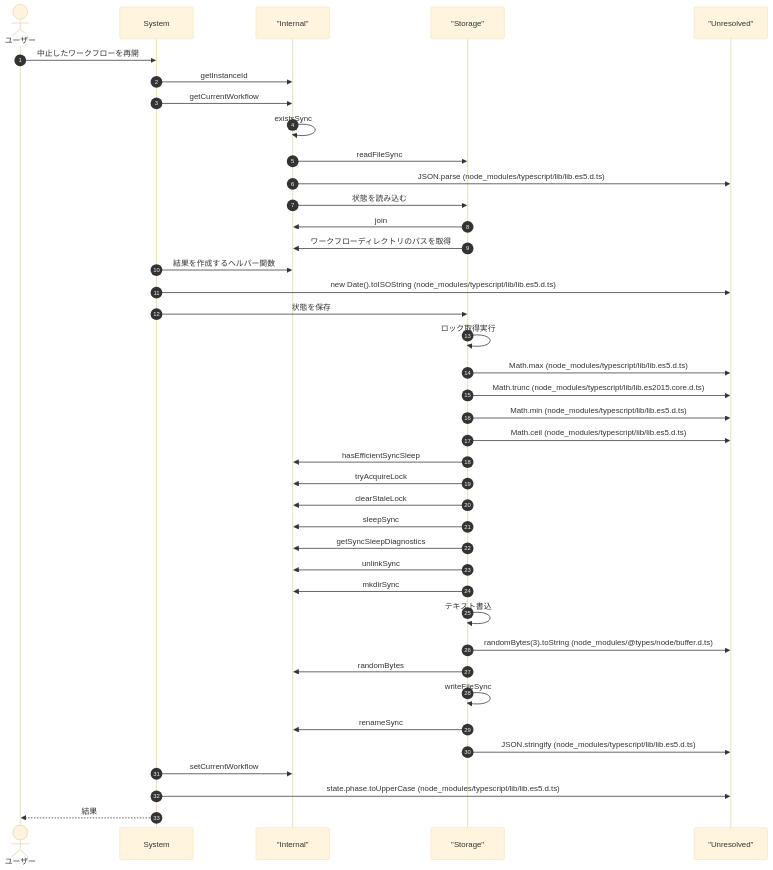
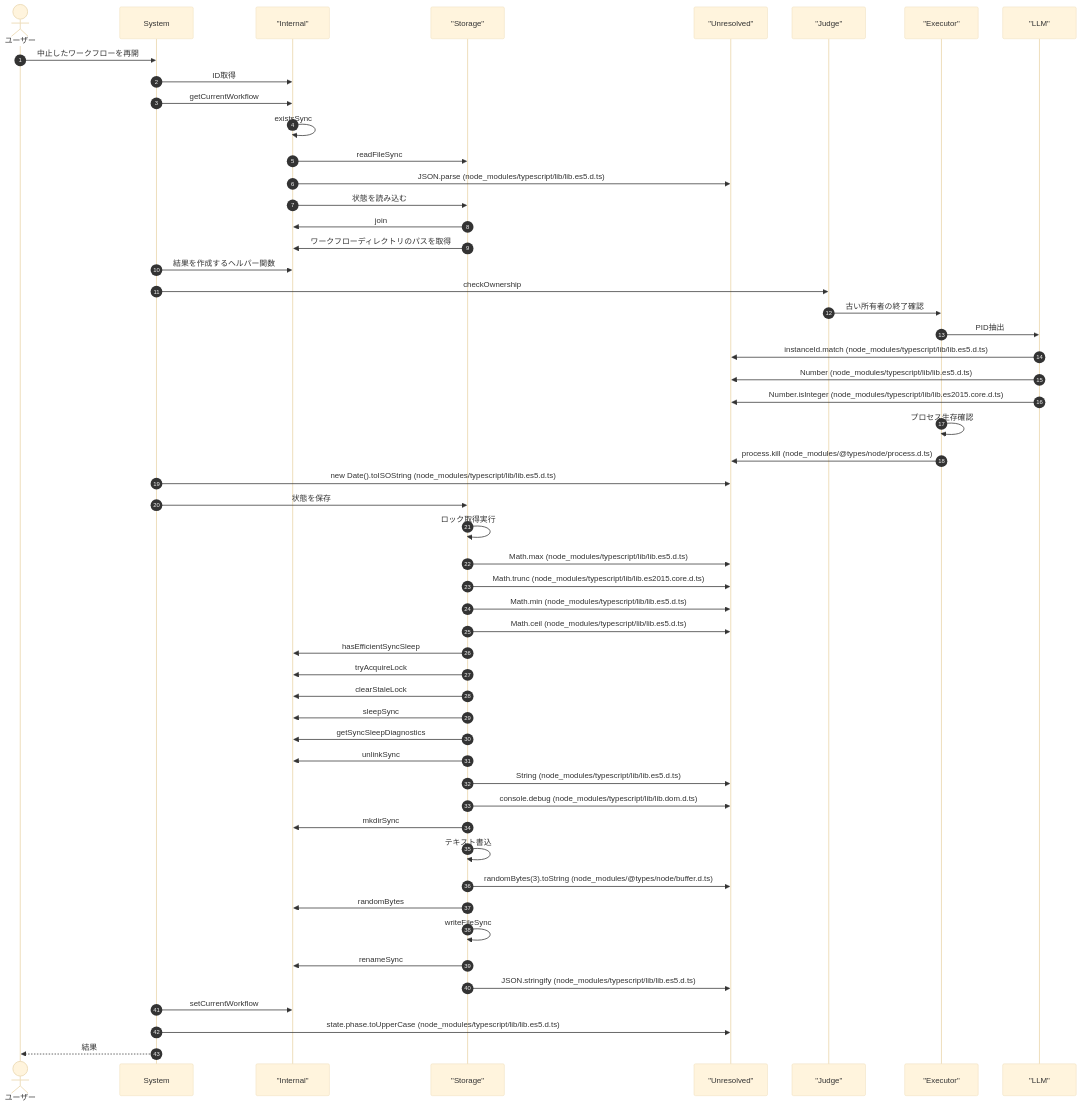
One commit to Mekann2904/mekann changed diagram 11 of 20 in ABDD/.pi/extensions/ul-workflow.md. Above: the diagram before and after it, drawn with Mermaid (base theme). The commit also changed other lines of this file and 189 other files, not shown here.

````diff
--- a/ABDD/.pi/extensions/ul-workflow.md
+++ b/ABDD/.pi/extensions/ul-workflow.md
@@ -500,44 +738,57 @@
 ```mermaid
 sequenceDiagram
   autonumber
   actor User as ユーザー
   participant System as System
   participant Internal as "Internal"
   participant Storage as "Storage"
   participant Unresolved as "Unresolved"
+  participant Judge as "Judge"
+  participant Executor as "Executor"
+  participant LLM as "LLM"
 
   User->>System: 中止したワークフローを再開
-  System->>Internal: getInstanceId
+  System->>Internal: ID取得
   System->>Internal: getCurrentWorkflow
   Internal->>Internal: existsSync
   Internal->>Storage: readFileSync
   Internal->>Unresolved: JSON.parse (node_modules/typescript/lib/lib.es5.d.ts)
   Internal->>Storage: 状態を読み込む
   Storage->>Internal: join
   Storage->>Internal: ワークフローディレクトリのパスを取得
   System->>Internal: 結果を作成するヘルパー関数
+  System->>Judge: checkOwnership
+  Judge->>Executor: 古い所有者の終了確認
+  Executor->>LLM: PID抽出
+  LLM->>Unresolved: instanceId.match (node_modules/typescript/lib/lib.es5.d.ts)
+  LLM->>Unresolved: Number (node_modules/typescript/lib/lib.es5.d.ts)
+  LLM->>Unresolved: Number.isInteger (node_modules/typescript/lib/lib.es2015.core.d.ts)
+  Executor->>Executor: プロセス生存確認
+  Executor->>Unresolved: process.kill (node_modules/@types/node/process.d.ts)
   System->>Unresolved: new Date().toISOString (node_modules/typescript/lib/lib.es5.d.ts)
   System->>Storage: 状態を保存
   Storage->>Storage: ロック取得実行
   Storage->>Unresolved: Math.max (node_modules/typescript/lib/lib.es5.d.ts)
   Storage->>Unresolved: Math.trunc (node_modules/typescript/lib/lib.es2015.core.d.ts)
   Storage->>Unresolved: Math.min (node_modules/typescript/lib/lib.es5.d.ts)
   Storage->>Unresolved: Math.ceil (node_modules/typescript/lib/lib.es5.d.ts)
   Storage->>Internal: hasEfficientSyncSleep
   Storage->>Internal: tryAcquireLock
   Storage->>Internal: clearStaleLock
   Storage->>Internal: sleepSync
   Storage->>Internal: getSyncSleepDiagnostics
   Storage->>Internal: unlinkSync
+  Storage->>Unresolved: String (node_modules/typescript/lib/lib.es5.d.ts)
+  Storage->>Unresolved: console.debug (node_modules/typescript/lib/lib.dom.d.ts)
   Storage->>Internal: mkdirSync
   Storage->>Storage: テキスト書込
   Storage->>Unresolved: randomBytes(3).toString (node_modules/@types/node/buffer.d.ts)
   Storage->>Internal: randomBytes
   Storage->>Storage: writeFileSync
   Storage->>Internal: renameSync
   Storage->>Unresolved: JSON.stringify (node_modules/typescript/lib/lib.es5.d.ts)
   System->>Internal: setCurrentWorkflow
   System->>Unresolved: state.phase.toUpperCase (node_modules/typescript/lib/lib.es5.d.ts)
   System-->>User: 結果
 
 ```
````
